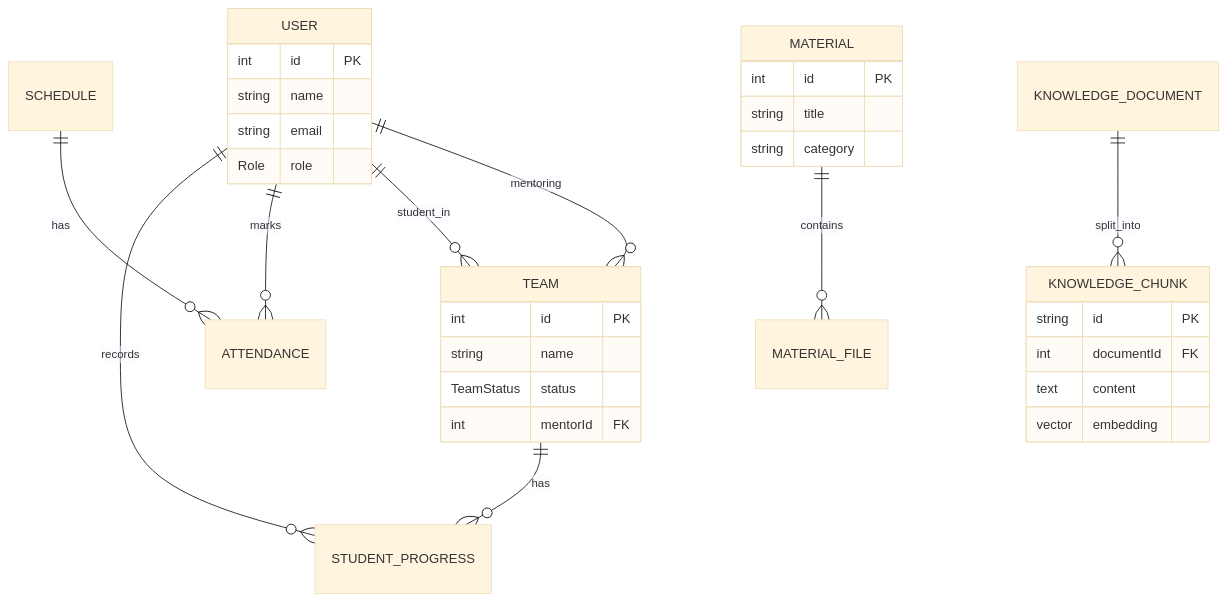
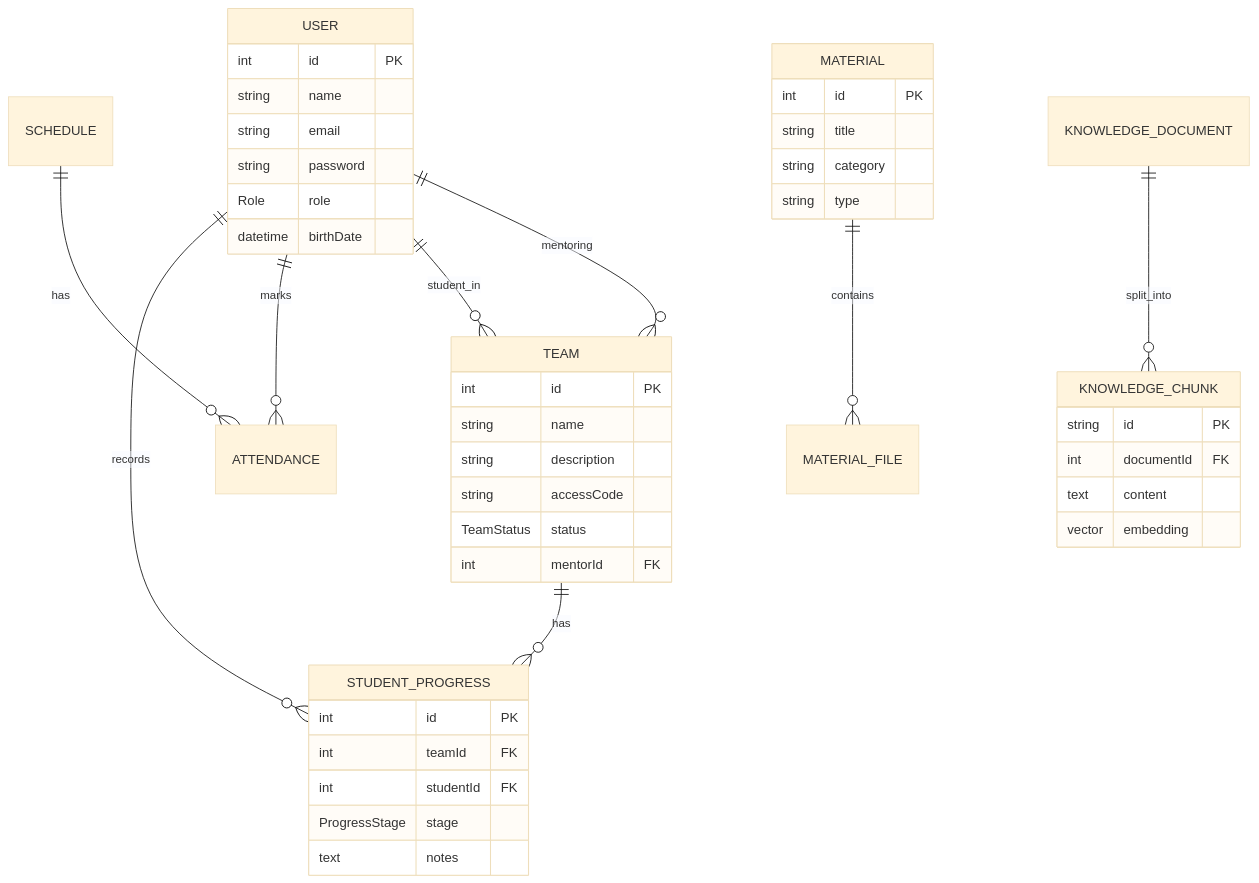
One commit to GianSE/Tutoria_tech changed the diagram in docs/DATABASE.md. Above: the diagram before and after it, drawn with Mermaid (base theme). The commit also changed other lines of this file and 16 other files, not shown here.

````diff
--- a/docs/DATABASE.md
+++ b/docs/DATABASE.md
@@ -39,42 +33,55 @@
 ```mermaid
 erDiagram
     USER ||--o{ TEAM : mentoring
     USER ||--o{ TEAM : student_in
     USER ||--o{ ATTENDANCE : marks
     USER ||--o{ STUDENT_PROGRESS : records
-    
+
     TEAM ||--o{ STUDENT_PROGRESS : has
-    
+
     MATERIAL ||--o{ MATERIAL_FILE : contains
-    
+
     SCHEDULE ||--o{ ATTENDANCE : has
-    
+
     KNOWLEDGE_DOCUMENT ||--o{ KNOWLEDGE_CHUNK : split_into
 
     USER {
         int id PK
         string name
         string email
+        string password
         Role role
+        datetime birthDate
     }
 
     TEAM {
         int id PK
         string name
+        string description
+        string accessCode
         TeamStatus status
         int mentorId FK
+    }
+
+    STUDENT_PROGRESS {
+        int id PK
+        int teamId FK
+        int studentId FK
+        ProgressStage stage
+        text notes
     }
 
     MATERIAL {
         int id PK
         string title
         string category
+        string type
     }
 
     KNOWLEDGE_CHUNK {
         string id PK
         int documentId FK
         text content
         vector embedding
     }
 ```
````
